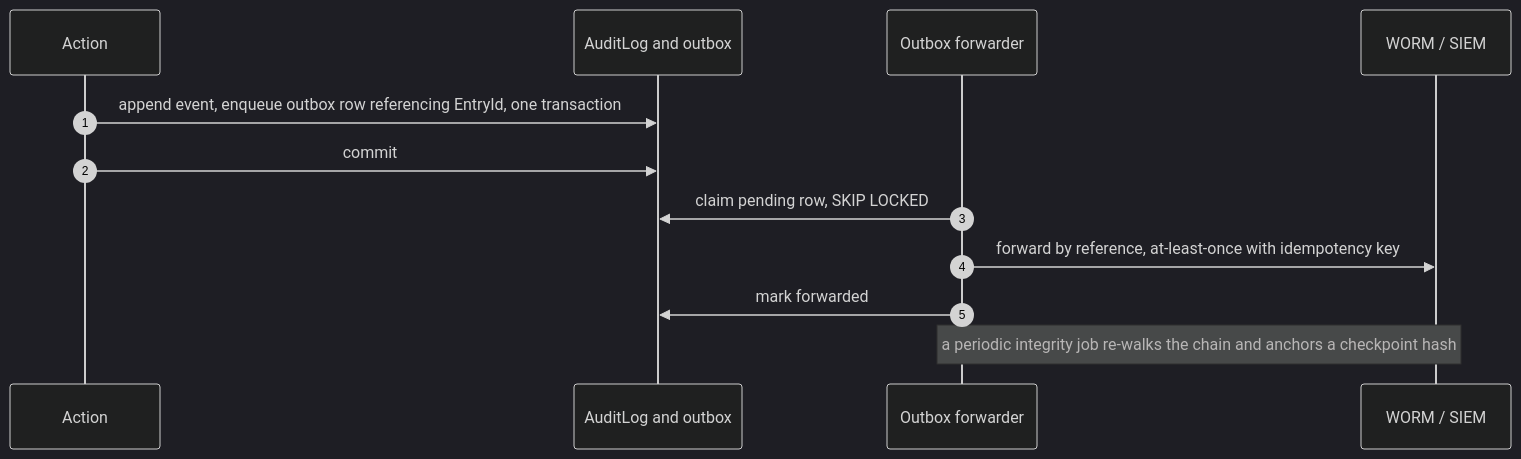
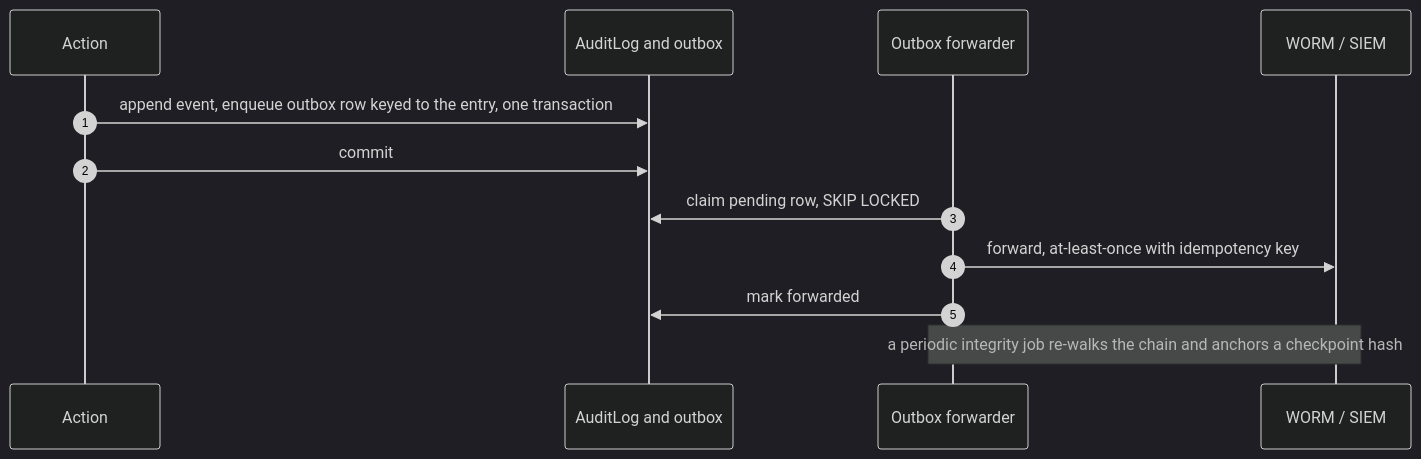
Before and after one commit to namphuongtran/nami: the third of 3 diagrams in docs/design/03-audit.md, drawn with Mermaid (dark theme). The commit also changed other lines of this file and 1 other file, not shown here.

````diff
--- a/docs/design/03-audit.md
+++ b/docs/design/03-audit.md
@@ -189,14 +196,14 @@
 ```mermaid
 sequenceDiagram
   autonumber
   participant A as Action
   participant DB as AuditLog and outbox
   participant R as Outbox forwarder
   participant W as WORM / SIEM
-  A->>DB: append event, enqueue outbox row referencing EntryId, one transaction
+  A->>DB: append event, enqueue outbox row keyed to the entry, one transaction
   A->>DB: commit
   R->>DB: claim pending row, SKIP LOCKED
-  R->>W: forward by reference, at-least-once with idempotency key
+  R->>W: forward, at-least-once with idempotency key
   R->>DB: mark forwarded
   Note over R,W: a periodic integrity job re-walks the chain and anchors a checkpoint hash
 ```
````
